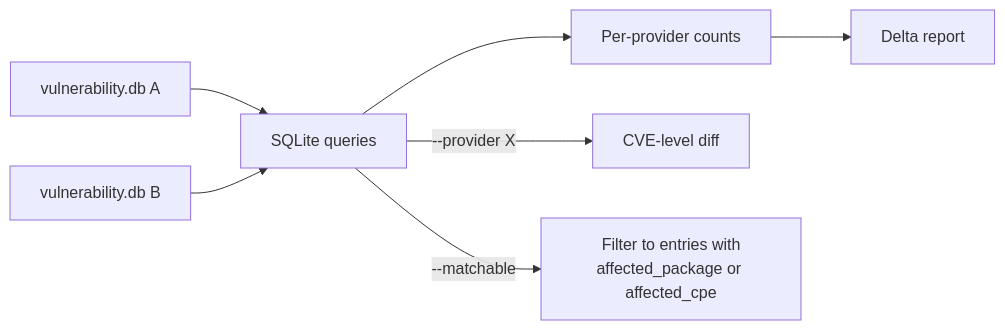
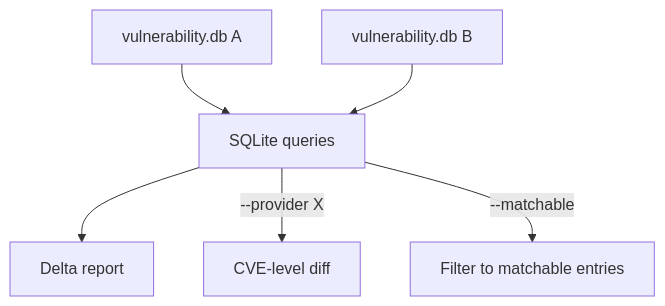
The diagram in README.md (agentic-research/smelt), drawn with Mermaid before and after one commit. The commit also changed 3 other files, not shown here.

````diff
--- a/README.md
+++ b/README.md
@@ -68,9 +68,8 @@
 ```mermaid
-flowchart LR
+flowchart TD
     A[vulnerability.db A] --> Q[SQLite queries]
     B[vulnerability.db B] --> Q
-    Q --> P[Per-provider counts]
-    P --> D[Delta report]
+    Q --> D[Delta report]
     Q -->|--provider X| CVE[CVE-level diff]
-    Q -->|--matchable| F[Filter to entries with\naffected_package or affected_cpe]
+    Q -->|--matchable| F[Filter to matchable entries]
 ```
````
